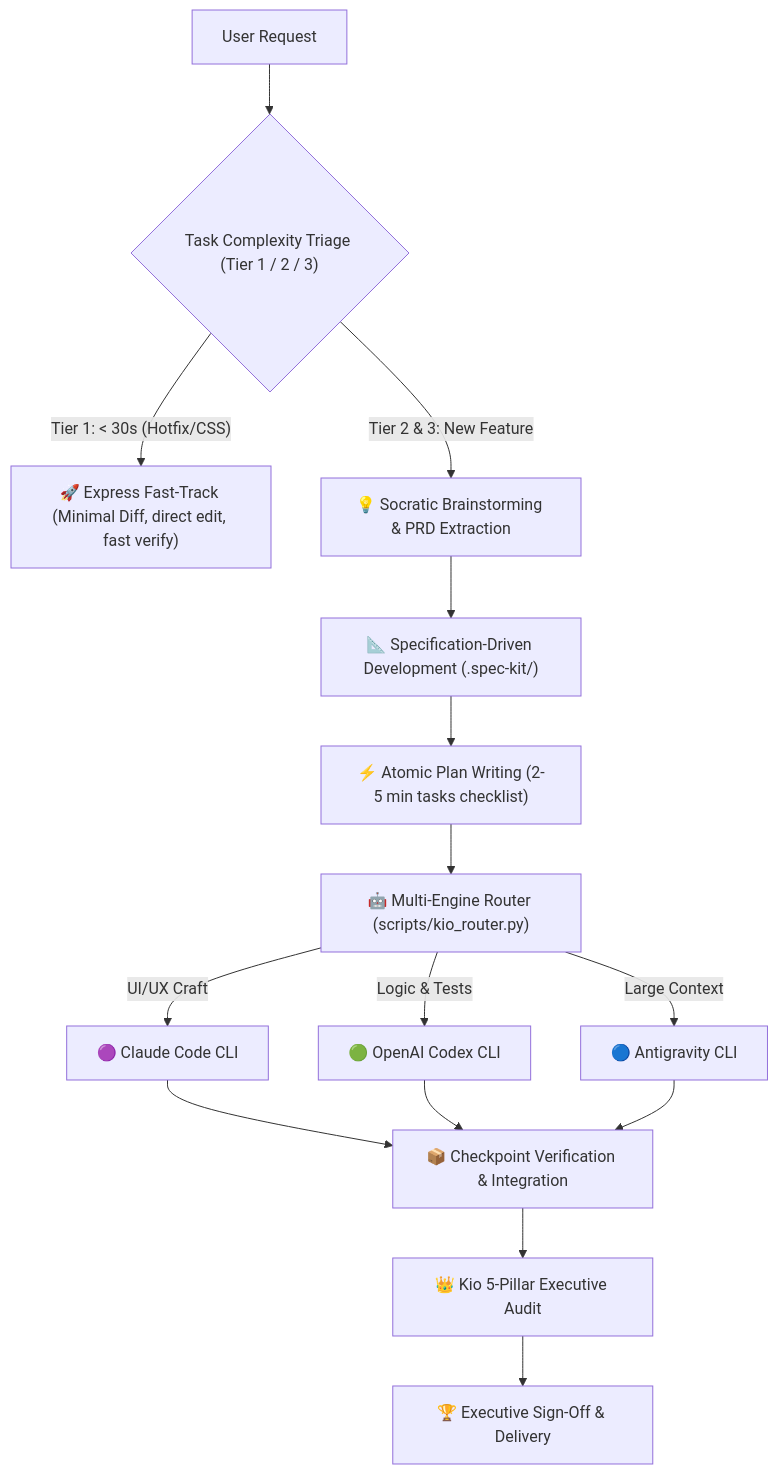
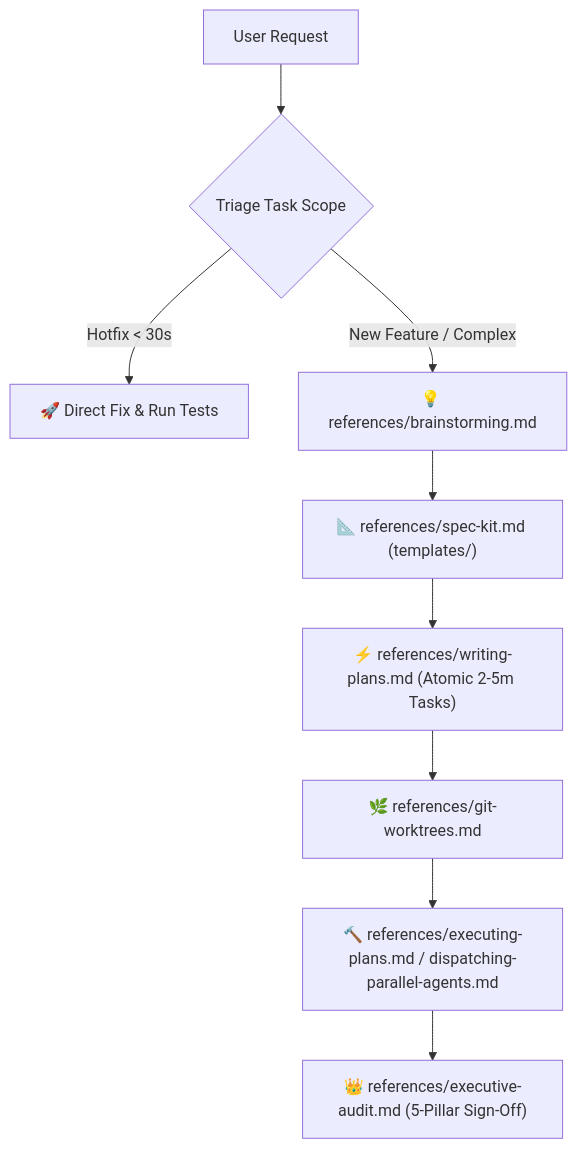
Before and after one commit to toanpham2111/kio-agent-system: the diagram in skills/kio-core-delivery/SKILL.md, drawn with Mermaid. The commit also changed other lines of this file and 64 other files, not shown here.

Commit message:
feat(core-delivery): 3.0.0 upgrade — SDD, Spec-Kit templates, on-disk planning scripts (v1.3.1)

````diff
--- a/skills/kio-core-delivery/SKILL.md
+++ b/skills/kio-core-delivery/SKILL.md
@@ -32,22 +52,11 @@
 ```mermaid
 flowchart TD
-    User["User Request"] --> Triage{"Task Complexity Triage (Tier 1 / 2 / 3)"}
-    
-    Triage -->|"Tier 1: < 30s (Hotfix/CSS)"| FastTrack["🚀 Express Fast-Track (Minimal Diff, direct edit, fast verify)"]
-    
-    Triage -->|"Tier 2 & 3: New Feature"| Brainstorm["💡 Socratic Brainstorming & PRD Extraction"]
-    Brainstorm --> SDD["📐 Specification-Driven Development (.spec-kit/)"]
-    SDD --> Plan["⚡ Atomic Plan Writing (2-5 min tasks checklist)"]
-    
-    Plan --> Dispatcher["🤖 Multi-Engine Router (scripts/kio_router.py)"]
-    Dispatcher -->|"UI/UX Craft"| Claude["🟣 Claude Code CLI"]
-    Dispatcher -->|"Logic & Tests"| Codex["🟢 OpenAI Codex CLI"]
-    Dispatcher -->|"Large Context"| Agy["🔵 Antigravity CLI"]
-    
-    Claude --> ParallelIntegrate["📦 Checkpoint Verification & Integration"]
-    Codex --> ParallelIntegrate
-    Agy --> ParallelIntegrate
-    
-    ParallelIntegrate --> Audit["👑 Kio 5-Pillar Executive Audit"]
-    Audit --> SignOff["🏆 Executive Sign-Off & Delivery"]
+    User["User Request"] --> Triage{"Triage Task Scope"}
+    Triage -->|"Hotfix < 30s"| FastTrack["🚀 Direct Fix & Run Tests"]
+    Triage -->|"New Feature / Complex"| Brainstorm["💡 references/brainstorming.md"]
+    Brainstorm --> SDD["📐 references/spec-kit.md (templates/)"]
+    SDD --> Plan["⚡ references/writing-plans.md (Atomic 2-5m Tasks)"]
+    Plan --> Worktree["🌿 references/git-worktrees.md"]
+    Worktree --> Exec["🔨 references/executing-plans.md / dispatching-parallel-agents.md"]
+    Exec --> Audit["👑 references/executive-audit.md (5-Pillar Sign-Off)"]
 ```
````
